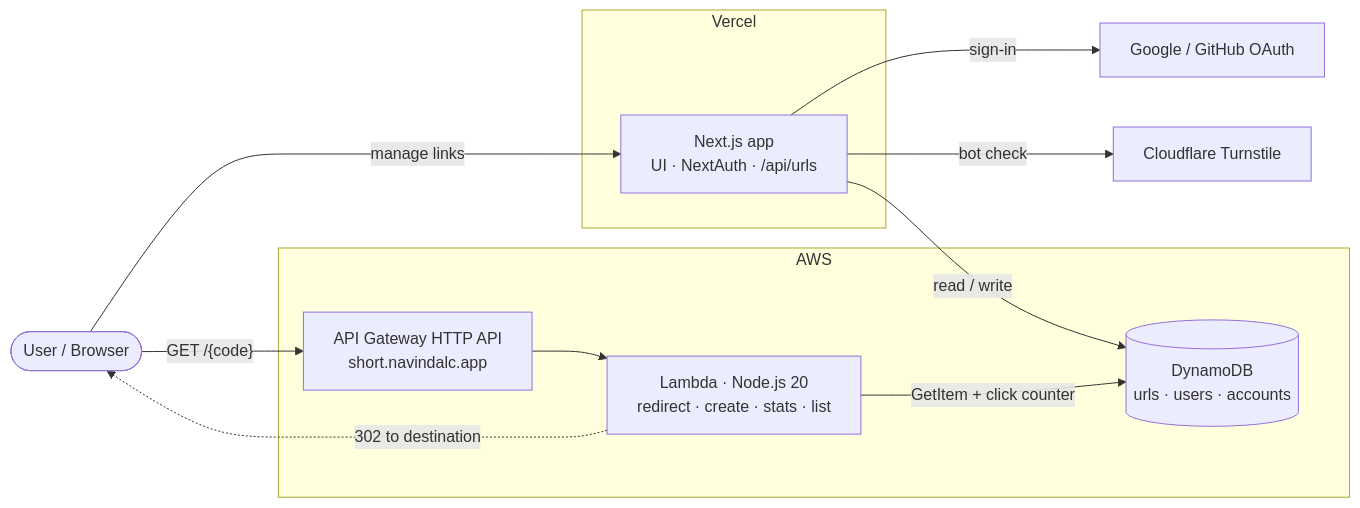
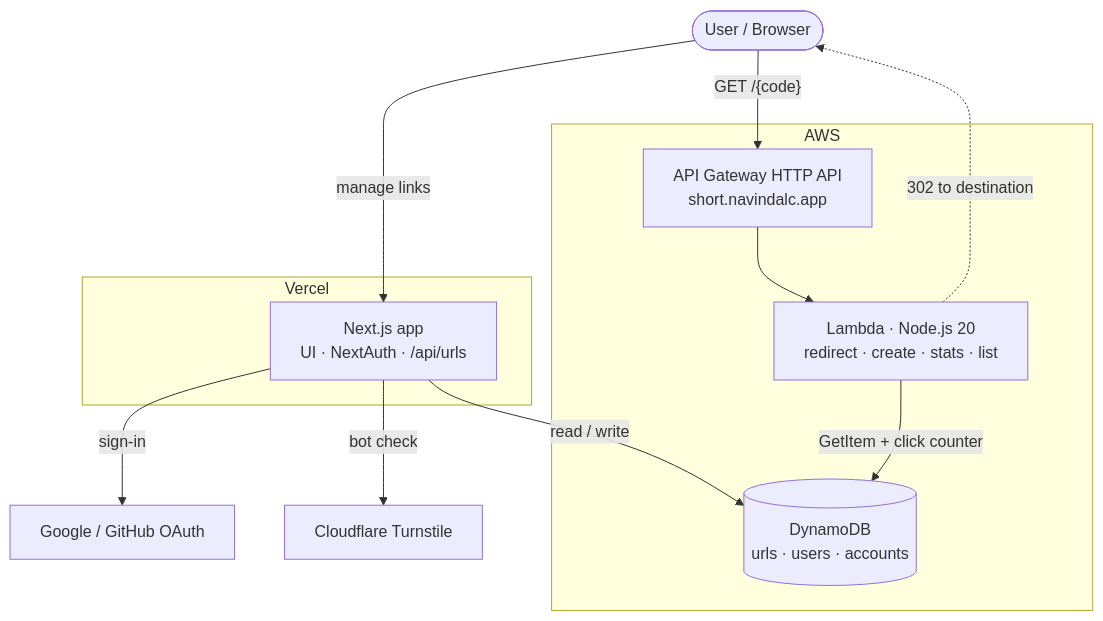
One commit to paradocx96/zipwyn changed the diagram in README.md. Above: the diagram before and after it, drawn with Mermaid.

````diff
--- a/README.md
+++ b/README.md
@@ -51,25 +51,25 @@
 ```mermaid
-flowchart LR
+flowchart TB
     user([User / Browser])
 
     subgraph vercel["Vercel"]
         web["Next.js app<br/>UI · NextAuth · /api/urls"]
     end
 
     subgraph aws["AWS"]
         apigw["API Gateway HTTP API<br/>short.navindalc.app"]
         fn["Lambda · Node.js 20<br/>redirect · create · stats · list"]
         ddb[("DynamoDB<br/>urls · users · accounts")]
     end
 
     oauth["Google / GitHub OAuth"]
     turnstile["Cloudflare Turnstile"]
     user -->|" manage links "| web
     web -->|" sign-in "| oauth
     web -->|" bot check "| turnstile
     web -->|" read / write "| ddb
     user -->|" GET /{code} "| apigw
     apigw --> fn
     fn -->|" GetItem + click counter "| ddb
     fn -.->|" 302 to destination "| user
 ```
````
